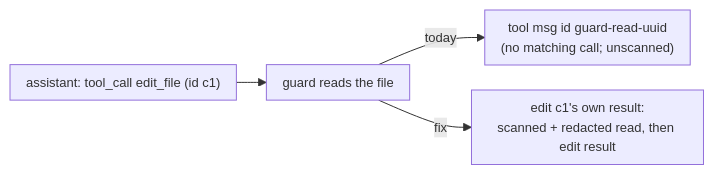
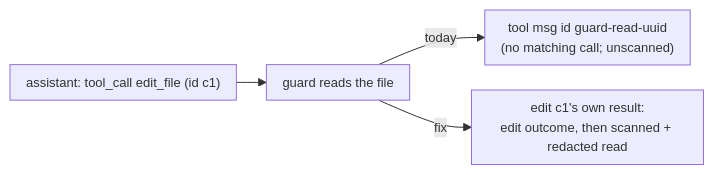
One commit to wojciechkpl/hone changed the diagram in docs/plans/guard-read-spec.md. Above: the diagram before and after it, drawn with Mermaid.

Commit message:
docs(plan): guard read diagram matches G6 order

````diff
--- a/docs/plans/guard-read-spec.md
+++ b/docs/plans/guard-read-spec.md
@@ -22,7 +22,7 @@
 ```mermaid
 %%{init: {"themeVariables": {"fontSize": "13px"}, "flowchart": {"nodeSpacing": 25, "rankSpacing": 30, "padding": 8}, "sequence": {"actorMargin": 30, "messageMargin": 25, "boxMargin": 6}, "gantt": {"barHeight": 16, "barGap": 3}}}%%
 flowchart LR
   A["assistant: tool_call edit_file (id c1)"] --> G["guard reads the file"]
   G -->|today| X["tool msg id guard-read-uuid<br/>(no matching call; unscanned)"]
-  G -->|fix| Y["edit c1's own result:<br/>scanned + redacted read, then edit result"]
+  G -->|fix| Y["edit c1's own result:<br/>edit outcome, then scanned + redacted read"]
 ```
````
